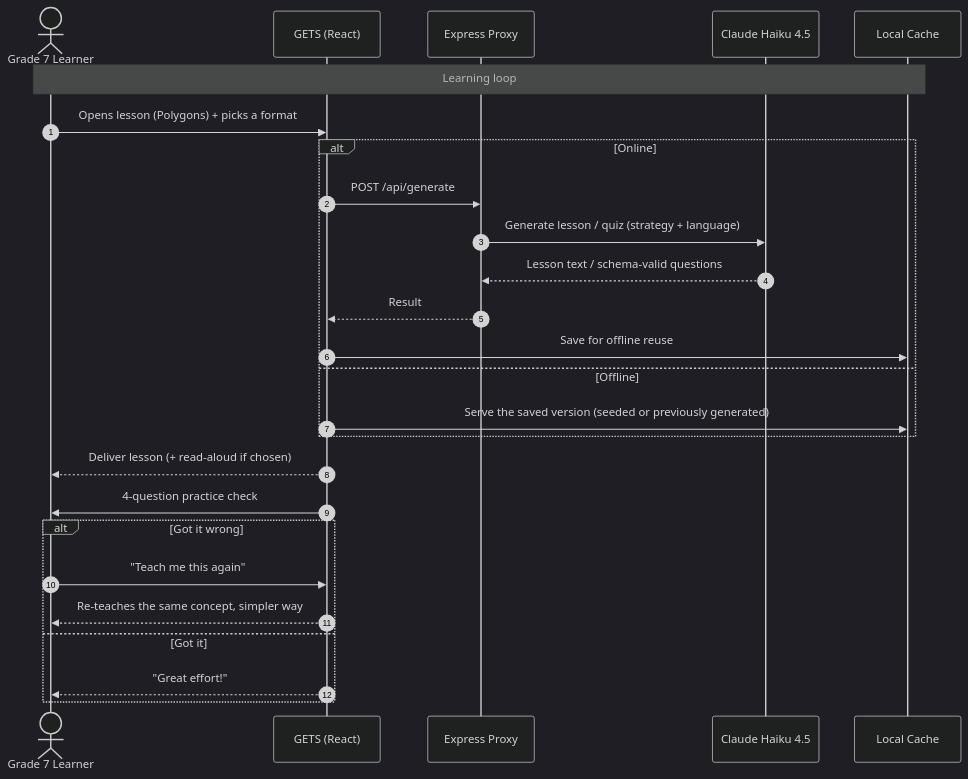
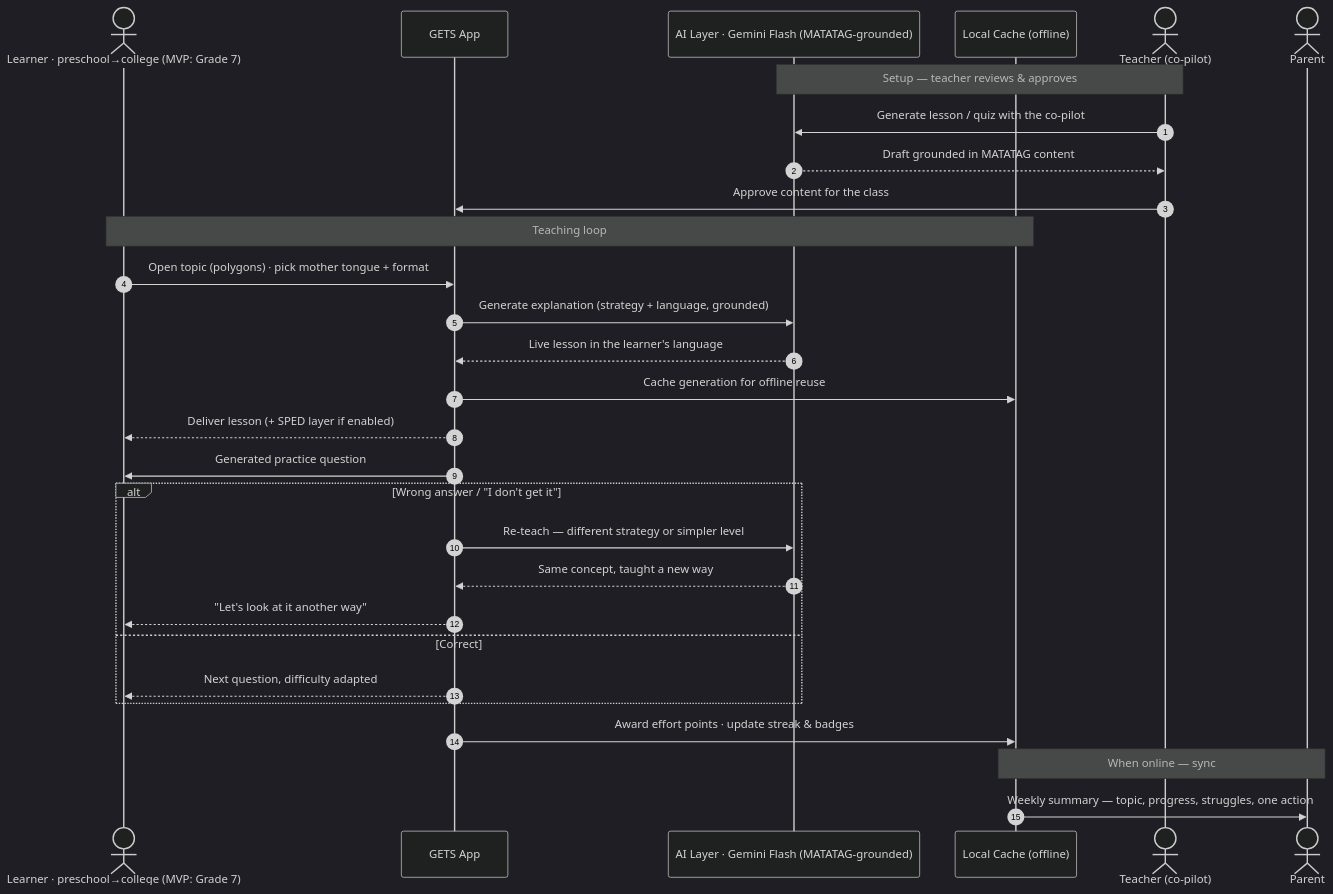
The diagram in README.md (realminds-ellah/stack-a-ton), drawn with Mermaid (dark theme) before and after one commit. The commit also changed other lines of this file and 3 other files, not shown here.

First line of the commit message:
Update README to broader vision + switch generation to Gemini

````diff
--- a/README.md
+++ b/README.md
@@ -102,30 +127,35 @@
 ```mermaid
 sequenceDiagram
     autonumber
-    actor Student as Grade 7 Learner
-    participant App as GETS (React)
-    participant Proxy as Express Proxy
-    participant Claude as Claude Haiku 4.5
-    participant Cache as Local Cache
+    actor Learner as Learner · preschool→college (MVP: Grade 7)
+    participant App as GETS App
+    participant AI as AI Layer · Gemini Flash (MATATAG-grounded)
+    participant Cache as Local Cache (offline)
+    actor Teacher as Teacher (co-pilot)
+    actor Parent as Parent
 
-    Note over Student, Cache: Learning loop
-    Student->>App: Opens lesson (Polygons) + picks a format
-    alt Online
-        App->>Proxy: POST /api/generate
-        Proxy->>Claude: Generate lesson / quiz (strategy + language)
-        Claude-->>Proxy: Lesson text / schema-valid questions
-        Proxy-->>App: Result
-        App->>Cache: Save for offline reuse
-    else Offline
-        App->>Cache: Serve the saved version (seeded or previously generated)
+    Note over Teacher, AI: Setup — teacher reviews & approves
+    Teacher->>AI: Generate lesson / quiz with the co-pilot
+    AI-->>Teacher: Draft grounded in MATATAG content
+    Teacher->>App: Approve content for the class
+
+    Note over Learner, Cache: Teaching loop
+    Learner->>App: Open topic (polygons) · pick mother tongue + format
+    App->>AI: Generate explanation (strategy + language, grounded)
+    AI-->>App: Live lesson in the learner's language
+    App->>Cache: Cache generation for offline reuse
+    App-->>Learner: Deliver lesson (+ SPED layer if enabled)
+    App->>Learner: Generated practice question
+
+    alt Wrong answer / "I don't get it"
+        App->>AI: Re-teach — different strategy or simpler level
+        AI-->>App: Same concept, taught a new way
+        App-->>Learner: "Let's look at it another way"
+    else Correct
+        App-->>Learner: Next question, difficulty adapted
     end
-    App-->>Student: Deliver lesson (+ read-aloud if chosen)
 
-    App->>Student: 4-question practice check
-    alt Got it wrong
-        Student->>App: "Teach me this again"
-        App-->>Student: Re-teaches the same concept, simpler way
-    else Got it
-        App-->>Student: "Great effort!"
-    end
+    App->>Cache: Award effort points · update streak & badges
+    Note over Cache, Parent: When online — sync
+    Cache->>Parent: Weekly summary — topic, progress, struggles, one action
 ```
````
